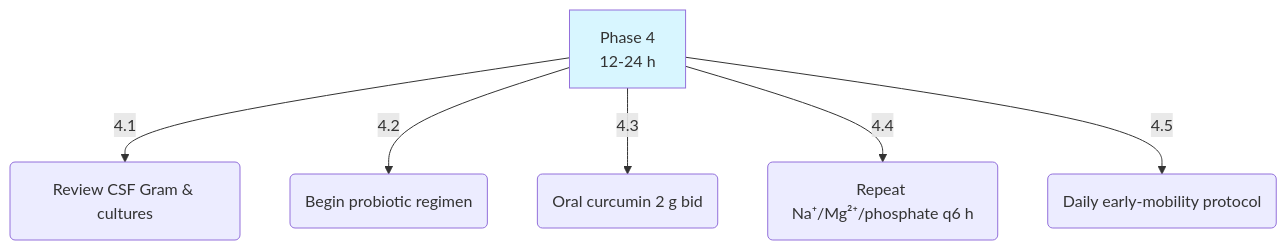
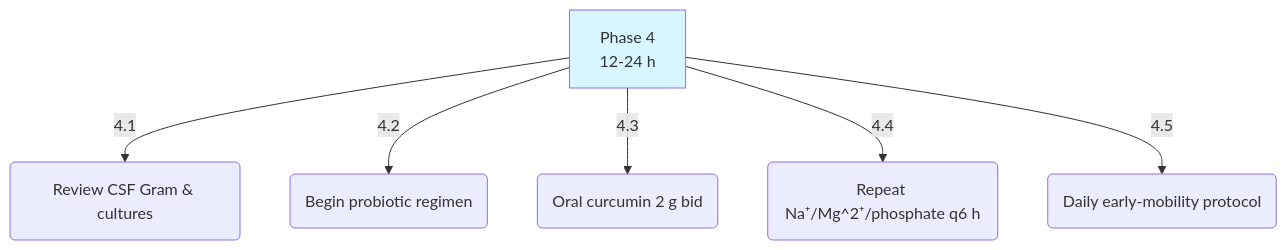
One commit to uumami/meningitis_protocol changed the fifth of 9 diagrams in openai_taelin_query.md. Above: the diagram before and after it, drawn with Mermaid. The commit also changed other lines of this file and 19 other files, not shown here.

````diff
--- a/openai_taelin_query.md
+++ b/openai_taelin_query.md
@@ -101,9 +101,9 @@
 ```mermaid
 graph TD
     P4[Phase 4<br>12-24 h] -->|4.1| Review(Review CSF Gram & cultures)
     P4 -->|4.2| Pro(Begin probiotic regimen)
     P4 -->|4.3| Cur(Oral curcumin 2 g bid)
-    P4 -->|4.4| Electro(Repeat Na⁺/Mg²⁺/phosphate q6 h)
+    P4 -->|4.4| Electro(Repeat Na⁺/Mg^2⁺/phosphate q6 h)
     P4 -->|4.5| Mobility(Daily early-mobility protocol)
     style P4 fill:#d8f6ff
 ```
````
